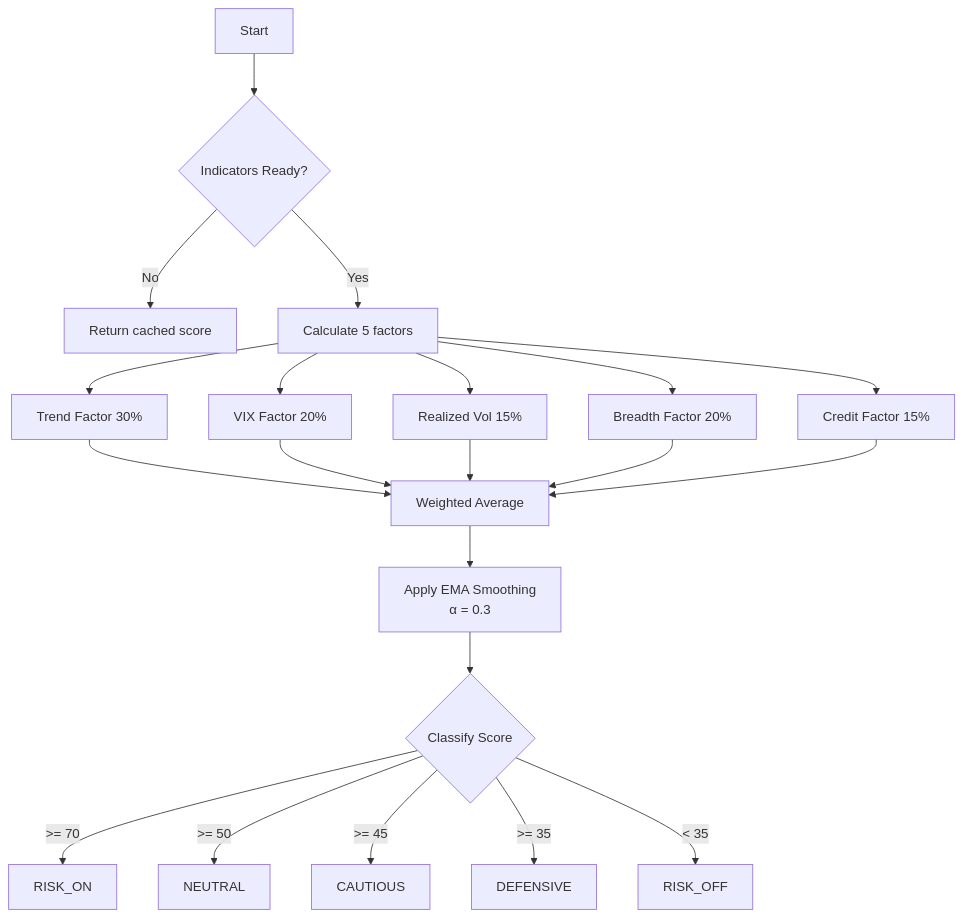
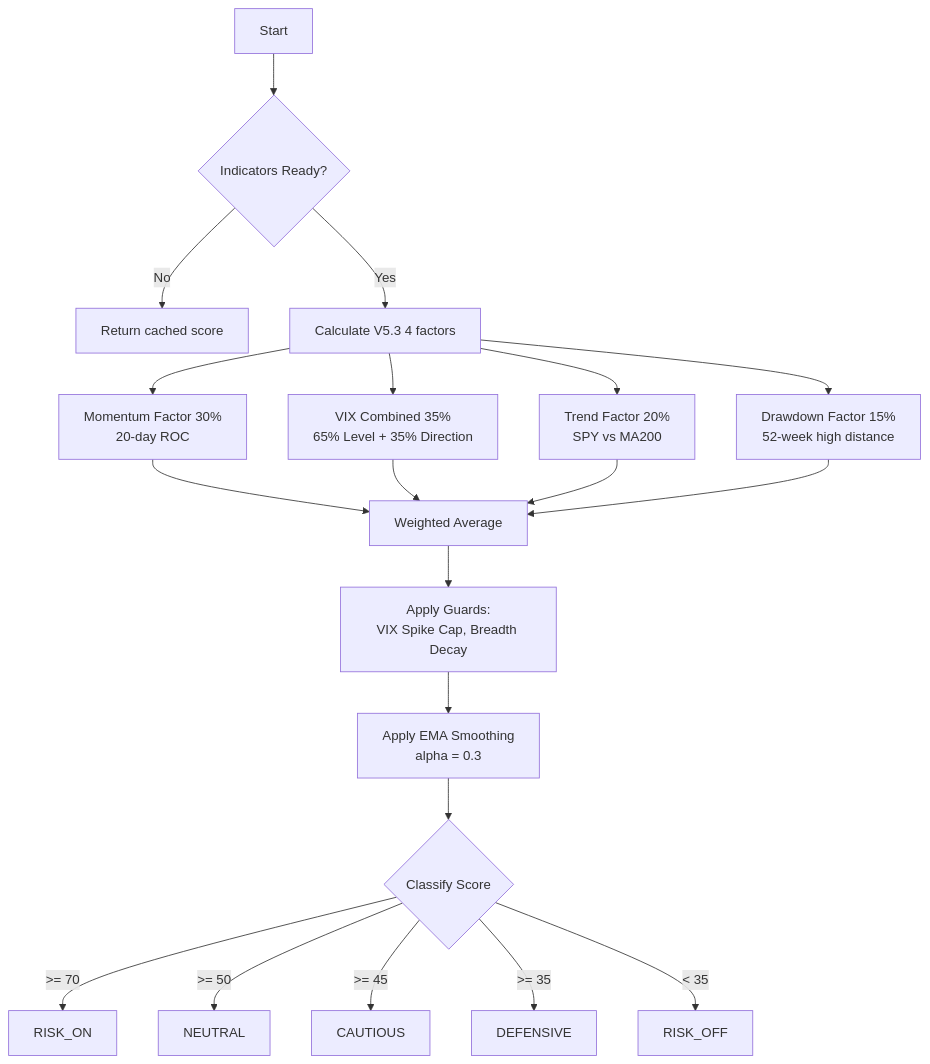
One commit to vickdavinci/alpha-nextgen-v2-private changed the second of 13 diagrams in docs/system/ENGINE_LOGIC_REFERENCE.md. Above: the diagram before and after it, drawn with Mermaid. The commit also changed other lines of this file and 17 other files, not shown here.

````diff
--- a/docs/system/ENGINE_LOGIC_REFERENCE.md
+++ b/docs/system/ENGINE_LOGIC_REFERENCE.md
@@ -112,27 +112,26 @@
 ```mermaid
 flowchart TD
     START[Start] --> CHECK{Indicators Ready?}
     CHECK -->|No| WAIT[Return cached score]
-    CHECK -->|Yes| CALC[Calculate 5 factors]
+    CHECK -->|Yes| CALC[Calculate V5.3 4 factors]
 
-    CALC --> F1[Trend Factor 30%]
-    CALC --> F2[VIX Factor 20%]
-    CALC --> F3[Realized Vol 15%]
-    CALC --> F4[Breadth Factor 20%]
-    CALC --> F5[Credit Factor 15%]
+    CALC --> F1[Momentum Factor 30%<br/>20-day ROC]
+    CALC --> F2[VIX Combined 35%<br/>65% Level + 35% Direction]
+    CALC --> F3[Trend Factor 20%<br/>SPY vs MA200]
+    CALC --> F4[Drawdown Factor 15%<br/>52-week high distance]
 
     F1 --> AGG[Weighted Average]
     F2 --> AGG
     F3 --> AGG
     F4 --> AGG
-    F5 --> AGG
 
-    AGG --> SMOOTH[Apply EMA Smoothing<br/>α = 0.3]
+    AGG --> GUARDS[Apply Guards:<br/>VIX Spike Cap, Breadth Decay]
+    GUARDS --> SMOOTH[Apply EMA Smoothing<br/>alpha = 0.3]
     SMOOTH --> CLASS{Classify Score}
 
     CLASS -->|>= 70| RISKON[RISK_ON]
     CLASS -->|>= 50| NEUTRAL[NEUTRAL]
     CLASS -->|>= 45| CAUTIOUS[CAUTIOUS]
     CLASS -->|>= 35| DEFENSIVE[DEFENSIVE]
     CLASS -->|< 35| RISKOFF[RISK_OFF]
 ```
````
